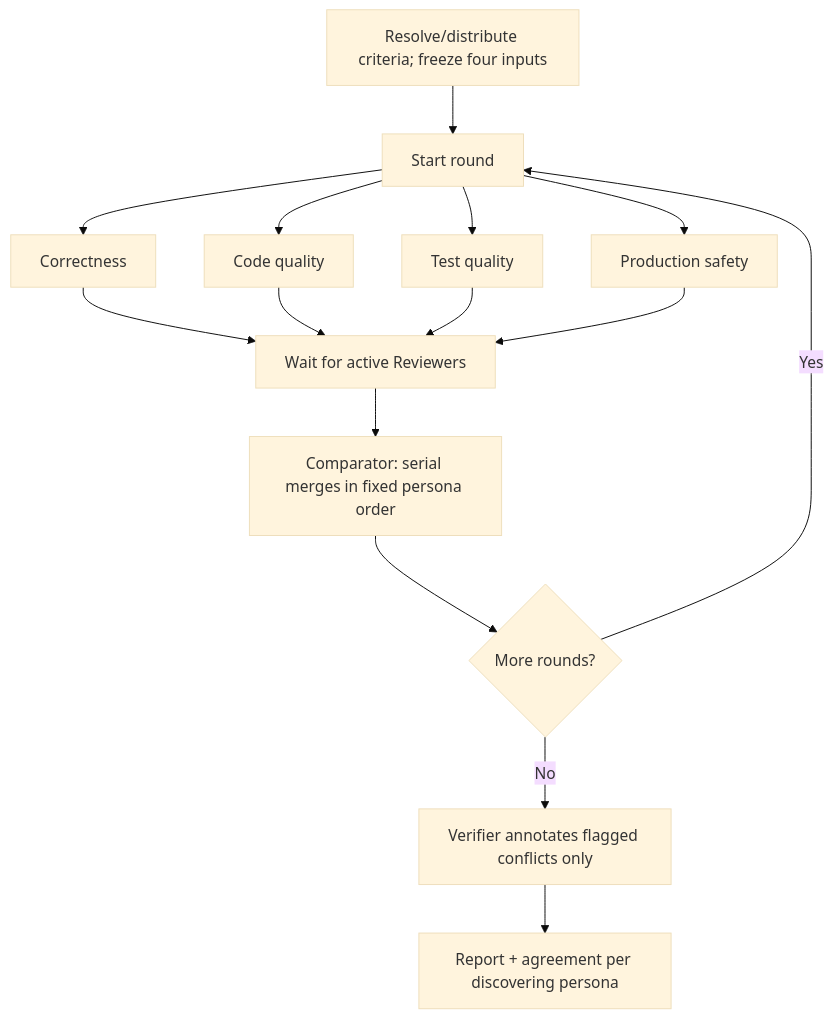
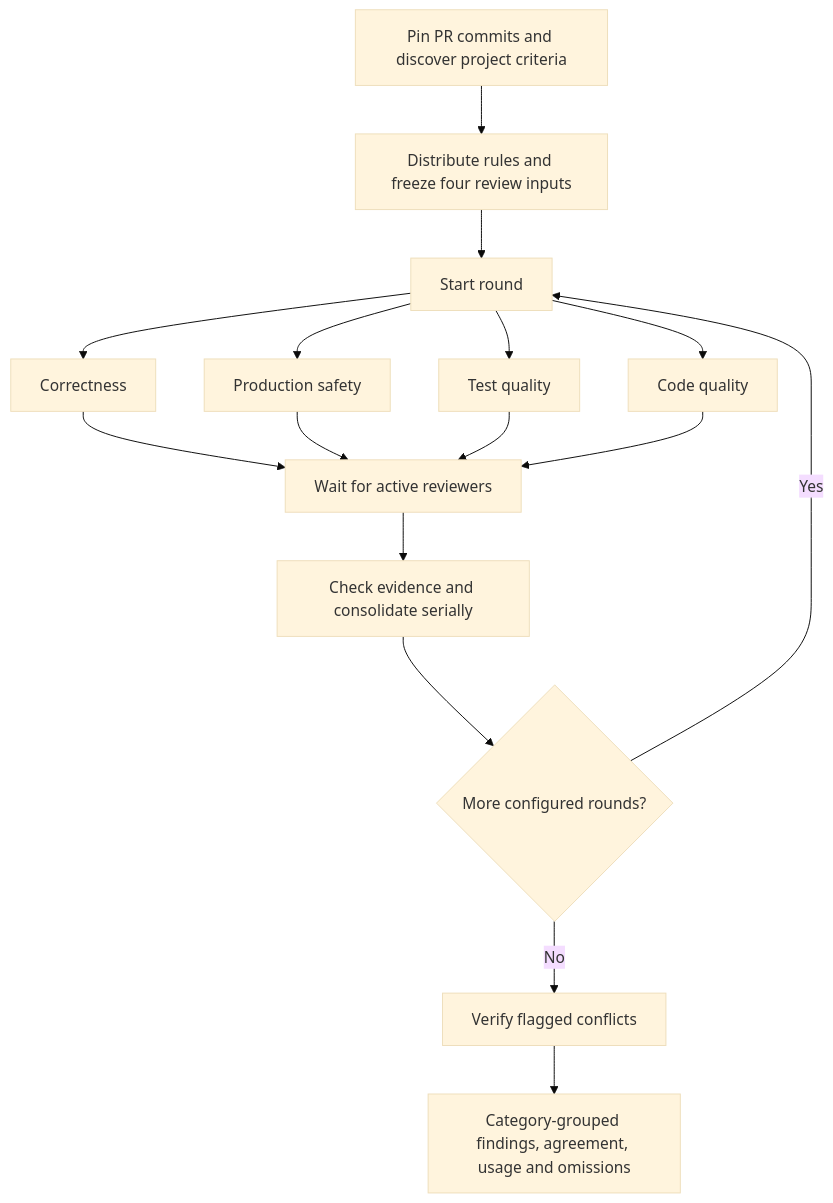
The diagram in README.md (sskelkar/code-reviewer), drawn with Mermaid (base theme) before and after one commit. The commit also changed other lines of this file and 138 other files, not shown here.

````diff
--- a/README.md
+++ b/README.md
@@ -107,17 +22,18 @@
 ```mermaid
 flowchart TD
-    INPUT["Resolve/distribute criteria; freeze four inputs"] --> ROUND["Start round"]
+    INPUT["Pin PR commits and discover project criteria"] --> ROUTE["Distribute rules and freeze four review inputs"]
+    ROUTE --> ROUND["Start round"]
     ROUND --> C["Correctness"]
+    ROUND --> S["Production safety"]
+    ROUND --> T["Test quality"]
     ROUND --> Q["Code quality"]
-    ROUND --> T["Test quality"]
-    ROUND --> S["Production safety"]
-    C --> BARRIER["Wait for active Reviewers"]
-    Q --> BARRIER
-    T --> BARRIER
-    S --> BARRIER
-    BARRIER --> MERGE["Comparator: serial merges in fixed persona order"]
-    MERGE --> NEXT{"More rounds?"}
-    NEXT -->|Yes| ROUND
-    NEXT -->|No| VERIFY["Verifier annotates flagged conflicts only"]
-    VERIFY --> REPORT["Report + agreement per discovering persona"]
+    C --> WAIT["Wait for active reviewers"]
+    S --> WAIT
+    T --> WAIT
+    Q --> WAIT
+    WAIT --> MERGE["Check evidence and consolidate serially"]
+    MERGE --> MORE{"More configured rounds?"}
+    MORE -->|Yes| ROUND
+    MORE -->|No| VERIFY["Verify flagged conflicts"]
+    VERIFY --> REPORT["Category-grouped findings, agreement, usage and omissions"]
 ```
````
